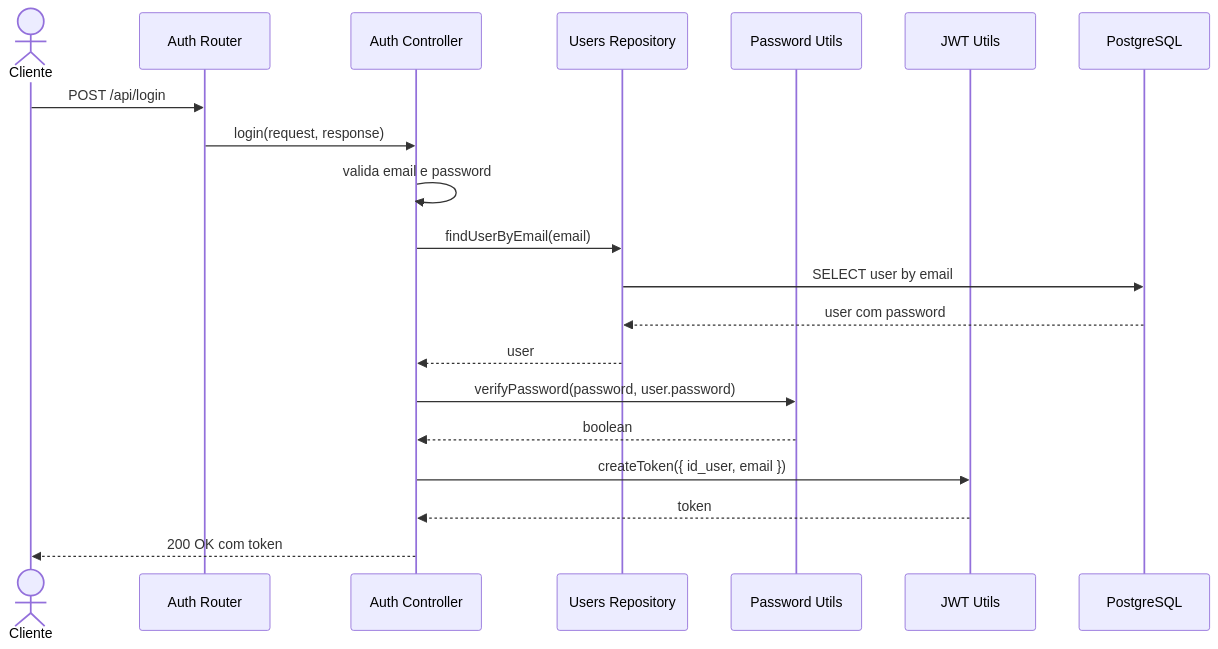
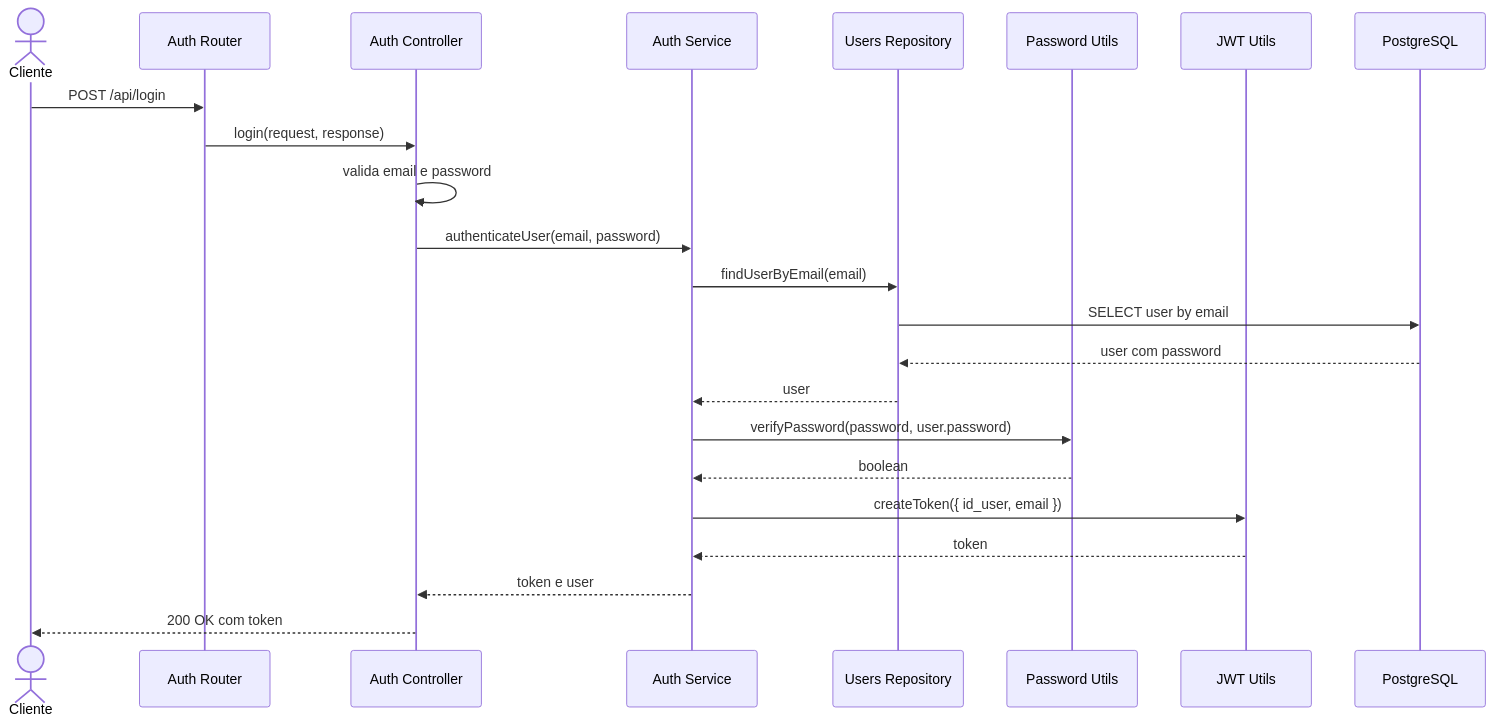
One commit to arleysouza/webII-server-types changed the fourth of 6 diagrams in README.md. Above: the diagram before and after it, drawn with Mermaid. The commit also changed other lines of this file and 12 other files, not shown here.

````diff
--- a/README.md
+++ b/README.md
@@ -256,23 +325,26 @@
 ```mermaid
 sequenceDiagram
   actor Client as Cliente
   participant Router as Auth Router
   participant Controller as Auth Controller
+  participant Service as Auth Service
   participant Repository as Users Repository
   participant Password as Password Utils
   participant JWT as JWT Utils
   participant DB as PostgreSQL
 
   Client->>Router: POST /api/login
   Router->>Controller: login(request, response)
   Controller->>Controller: valida email e password
-  Controller->>Repository: findUserByEmail(email)
+  Controller->>Service: authenticateUser(email, password)
+  Service->>Repository: findUserByEmail(email)
   Repository->>DB: SELECT user by email
   DB-->>Repository: user com password
-  Repository-->>Controller: user
-  Controller->>Password: verifyPassword(password, user.password)
-  Password-->>Controller: boolean
-  Controller->>JWT: createToken({ id_user, email })
-  JWT-->>Controller: token
+  Repository-->>Service: user
+  Service->>Password: verifyPassword(password, user.password)
+  Password-->>Service: boolean
+  Service->>JWT: createToken({ id_user, email })
+  JWT-->>Service: token
+  Service-->>Controller: token e user
   Controller-->>Client: 200 OK com token
 ```
````
